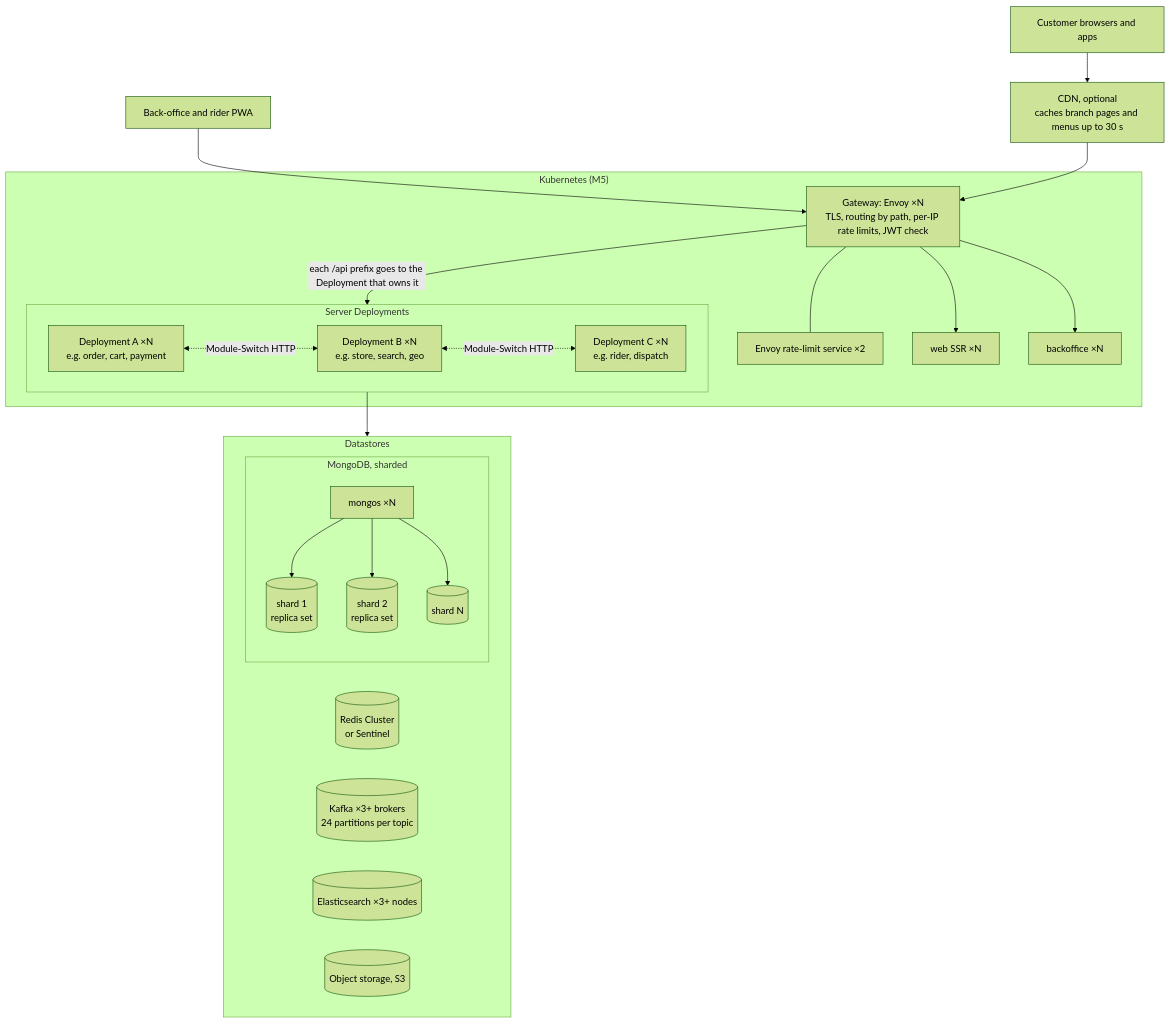
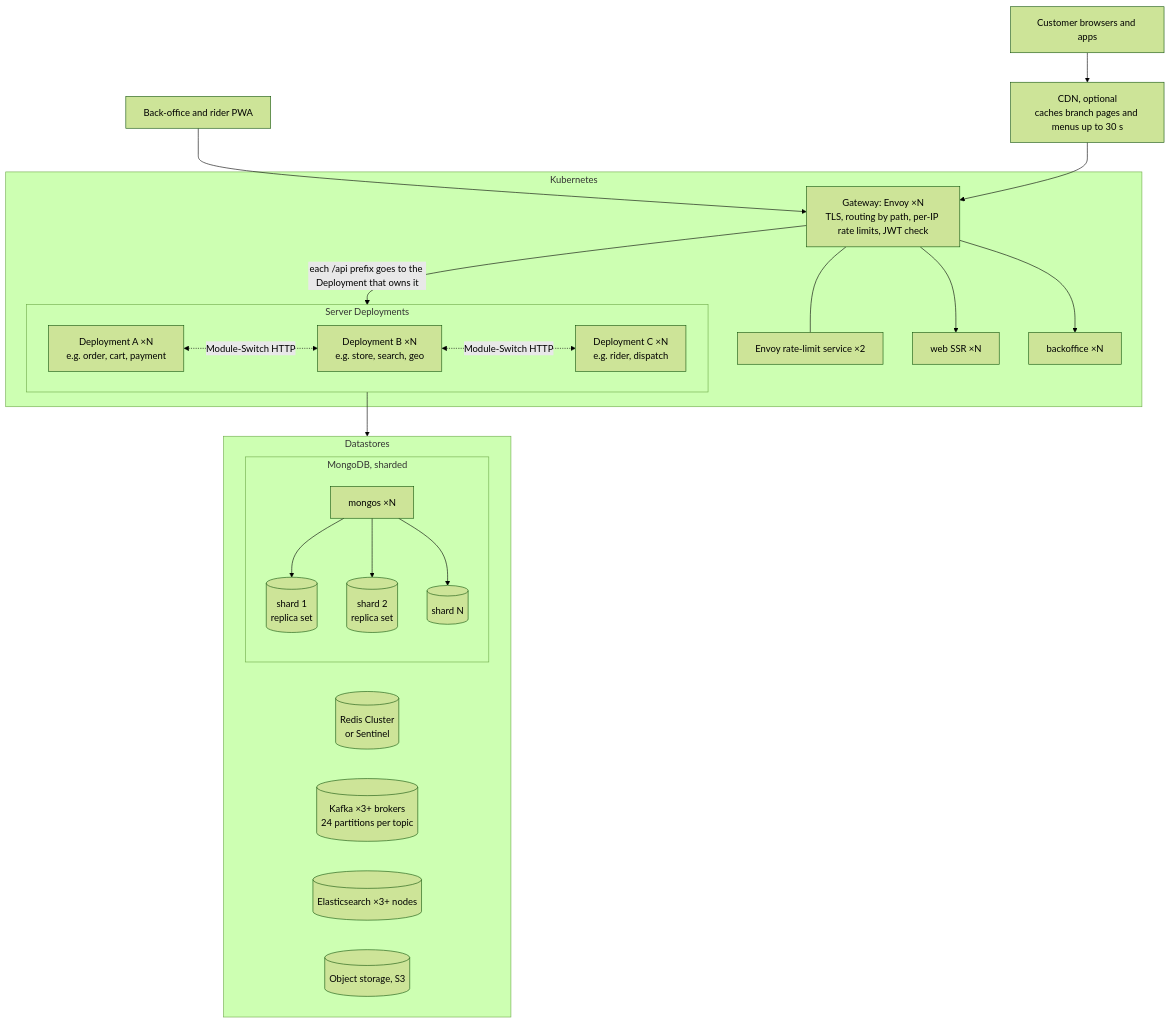
Before and after one commit to ilyaslabs/foodstack: the first of 4 diagrams in docs/architecture/08-scaling.md, drawn with Mermaid (forest theme). The commit also changed other lines of this file and 6 other files, not shown here.

First line of the commit message:
Docs: TDD M5 notes, architecture page 10 (chart, edge, two-step, social, failed events, telemetry), code-vs-design rows, README status

````diff
--- a/docs/architecture/08-scaling.md
+++ b/docs/architecture/08-scaling.md
@@ -13,38 +13,38 @@
 ```mermaid
 flowchart TB
     C["Customer browsers and apps"] --> CDN["CDN, optional<br/>caches branch pages and menus up to 30 s"]
     B["Back-office and rider PWA"] --> GW
     CDN --> GW
 
-    subgraph K8s["Kubernetes (M5)"]
+    subgraph K8s["Kubernetes"]
         GW["Gateway: Envoy ×N<br/>TLS, routing by path, per-IP rate limits, JWT check"]
         RL["Envoy rate-limit service ×2"]
         GW --- RL
         GW --> WEB["web SSR ×N"]
         GW --> BO["backoffice ×N"]
         subgraph Servers["Server Deployments"]
             direction LR
             S1["Deployment A ×N<br/>e.g. order, cart, payment"]
             S2["Deployment B ×N<br/>e.g. store, search, geo"]
             S3["Deployment C ×N<br/>e.g. rider, dispatch"]
             S1 <-. "Module-Switch HTTP" .-> S2
             S2 <-. "Module-Switch HTTP" .-> S3
         end
         GW -- "each /api prefix goes to the Deployment that owns it" --> Servers
     end
 
     subgraph Data["Datastores"]
         direction LR
         subgraph Mongo["MongoDB, sharded"]
             MS["mongos ×N"] --> SH1[("shard 1<br/>replica set")]
             MS --> SH2[("shard 2<br/>replica set")]
             MS --> SHN[("shard N")]
         end
         RC[("Redis Cluster<br/>or Sentinel")]
         KF[("Kafka ×3+ brokers<br/>24 partitions per topic")]
         ES[("Elasticsearch ×3+ nodes")]
         OS[("Object storage, S3")]
     end
 
     Servers --> Data
 ```
````
